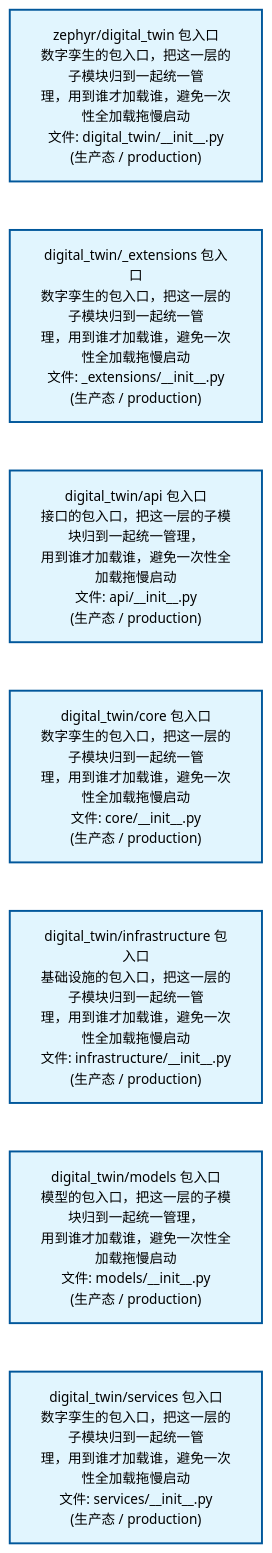
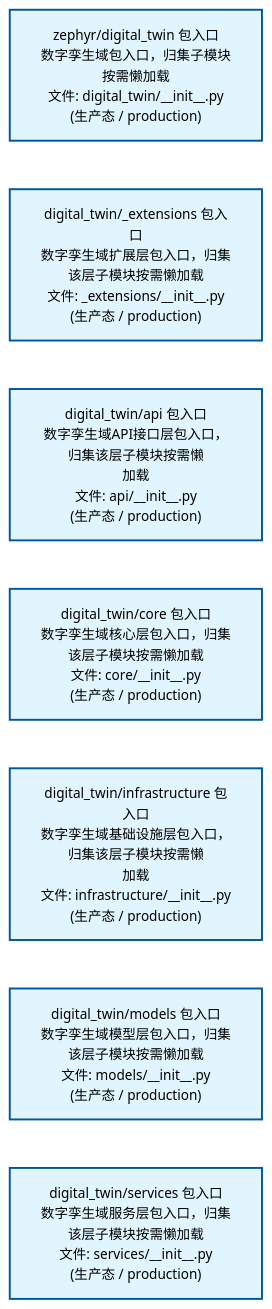
The second of 2 diagrams in docs/02_enterprise_architecture/02_domain_architecture_docs/42_d_digital_twin.md (xuanFelixVan/ZephyrAlpha), drawn with Mermaid before and after one commit. The commit also changed other lines of this file and 63 other files, not shown here.

````diff
--- a/docs/02_enterprise_architecture/02_domain_architecture_docs/42_d_digital_twin.md
+++ b/docs/02_enterprise_architecture/02_domain_architecture_docs/42_d_digital_twin.md
@@ -80,22 +80,22 @@
 ```mermaid
 %%{init: {'theme': 'base', 'themeVariables': {'primaryColor': '#eaeaea', 'primaryTextColor': '#333333', 'primaryBorderColor': '#666666', 'lineColor': '#666666', 'secondaryColor': '#eaeaea', 'tertiaryColor': '#eaeaea', 'fontSize': '14px'}}}%%
 flowchart TD
-    src_zephyr_digital_twin_init_py["zephyr/digital_twin 包入口<br/>数字孪生的包入口，把这一层的子模块归到一起统一管<br/>理，用到谁才加载谁，避免一次性全加载拖慢启动<br/>文件: digital_twin/__init__.py<br/>(生产态 / production)"]
-    src_zephyr_digital_twin_extensions_init_py["digital_twin/_extensions 包入口<br/>数字孪生的包入口，把这一层的子模块归到一起统一管<br/>理，用到谁才加载谁，避免一次性全加载拖慢启动<br/>文件: _extensions/__init__.py<br/>(生产态 / production)"]
-    src_zephyr_digital_twin_api_init_py["digital_twin/api 包入口<br/>接口的包入口，把这一层的子模块归到一起统一管理，<br/>用到谁才加载谁，避免一次性全加载拖慢启动<br/>文件: api/__init__.py<br/>(生产态 / production)"]
-    src_zephyr_digital_twin_core_init_py["digital_twin/core 包入口<br/>数字孪生的包入口，把这一层的子模块归到一起统一管<br/>理，用到谁才加载谁，避免一次性全加载拖慢启动<br/>文件: core/__init__.py<br/>(生产态 / production)"]
-    src_zephyr_digital_twin_infrastructure_init_py["digital_twin/infrastructure 包入口<br/>基础设施的包入口，把这一层的子模块归到一起统一管<br/>理，用到谁才加载谁，避免一次性全加载拖慢启动<br/>文件: infrastructure/__init__.py<br/>(生产态 / production)"]
-    src_zephyr_digital_twin_models_init_py["digital_twin/models 包入口<br/>模型的包入口，把这一层的子模块归到一起统一管理，<br/>用到谁才加载谁，避免一次性全加载拖慢启动<br/>文件: models/__init__.py<br/>(生产态 / production)"]
-    src_zephyr_digital_twin_services_init_py["digital_twin/services 包入口<br/>数字孪生的包入口，把这一层的子模块归到一起统一管<br/>理，用到谁才加载谁，避免一次性全加载拖慢启动<br/>文件: services/__init__.py<br/>(生产态 / production)"]
+    src_zephyr_digital_twin_init_py["zephyr/digital_twin 包入口<br/>数字孪生域包入口，归集子模块按需懒加载<br/>文件: digital_twin/__init__.py<br/>(生产态 / production)"]
+    src_zephyr_digital_twin_extensions_init_py["digital_twin/_extensions 包入口<br/>数字孪生域扩展层包入口，归集该层子模块按需懒加载<br/>文件: _extensions/__init__.py<br/>(生产态 / production)"]
+    src_zephyr_digital_twin_api_init_py["digital_twin/api 包入口<br/>数字孪生域API接口层包入口，归集该层子模块按需懒<br/>加载<br/>文件: api/__init__.py<br/>(生产态 / production)"]
+    src_zephyr_digital_twin_core_init_py["digital_twin/core 包入口<br/>数字孪生域核心层包入口，归集该层子模块按需懒加载<br/>文件: core/__init__.py<br/>(生产态 / production)"]
+    src_zephyr_digital_twin_infrastructure_init_py["digital_twin/infrastructure 包入口<br/>数字孪生域基础设施层包入口，归集该层子模块按需懒<br/>加载<br/>文件: infrastructure/__init__.py<br/>(生产态 / production)"]
+    src_zephyr_digital_twin_models_init_py["digital_twin/models 包入口<br/>数字孪生域模型层包入口，归集该层子模块按需懒加载<br/>文件: models/__init__.py<br/>(生产态 / production)"]
+    src_zephyr_digital_twin_services_init_py["digital_twin/services 包入口<br/>数字孪生域服务层包入口，归集该层子模块按需懒加载<br/>文件: services/__init__.py<br/>(生产态 / production)"]
     src_zephyr_digital_twin_init_py ~~~ src_zephyr_digital_twin_extensions_init_py
     src_zephyr_digital_twin_extensions_init_py ~~~ src_zephyr_digital_twin_api_init_py
     src_zephyr_digital_twin_api_init_py ~~~ src_zephyr_digital_twin_core_init_py
     src_zephyr_digital_twin_core_init_py ~~~ src_zephyr_digital_twin_infrastructure_init_py
     src_zephyr_digital_twin_infrastructure_init_py ~~~ src_zephyr_digital_twin_models_init_py
     src_zephyr_digital_twin_models_init_py ~~~ src_zephyr_digital_twin_services_init_py
     classDef production fill:#e1f5fe,stroke:#01579b,stroke-width:2px,color:#000
     classDef design fill:#fff3e0,stroke:#e65100,stroke-width:2px,color:#000,stroke-dasharray: 5 5
     classDef external_prod fill:#e8f4fd,stroke:#0277bd,stroke-width:1px,color:#000
     classDef external_design fill:#fff8e7,stroke:#ef6c00,stroke-width:1px,color:#000,stroke-dasharray: 5 5
     class src_zephyr_digital_twin_init_py,src_zephyr_digital_twin_extensions_init_py,src_zephyr_digital_twin_api_init_py,src_zephyr_digital_twin_core_init_py,src_zephyr_digital_twin_infrastructure_init_py,src_zephyr_digital_twin_models_init_py,src_zephyr_digital_twin_services_init_py production
 ```
````
